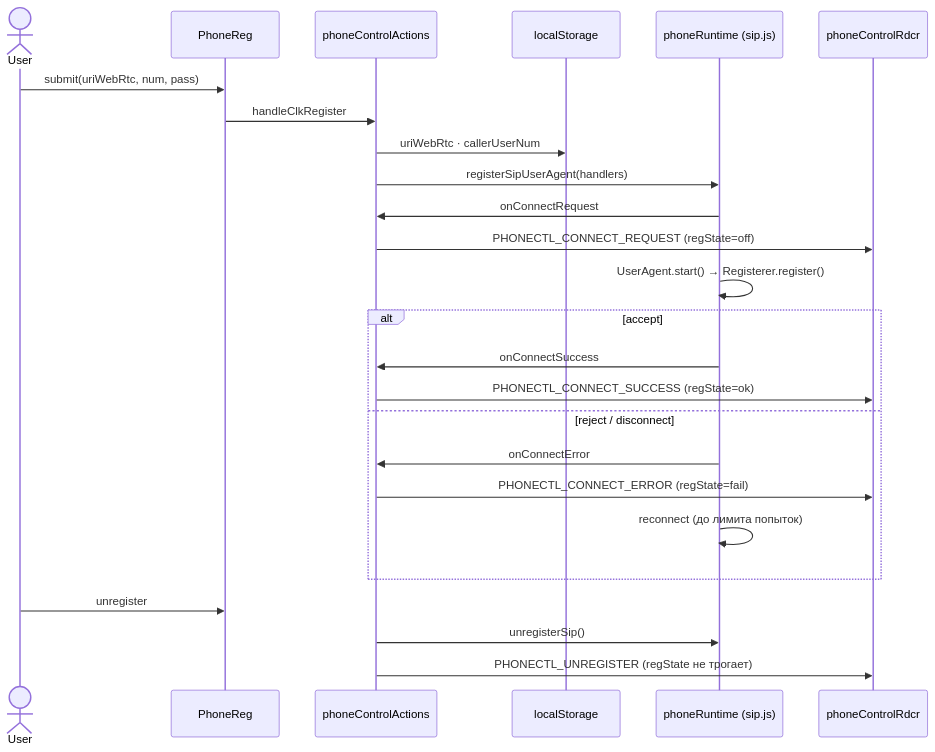
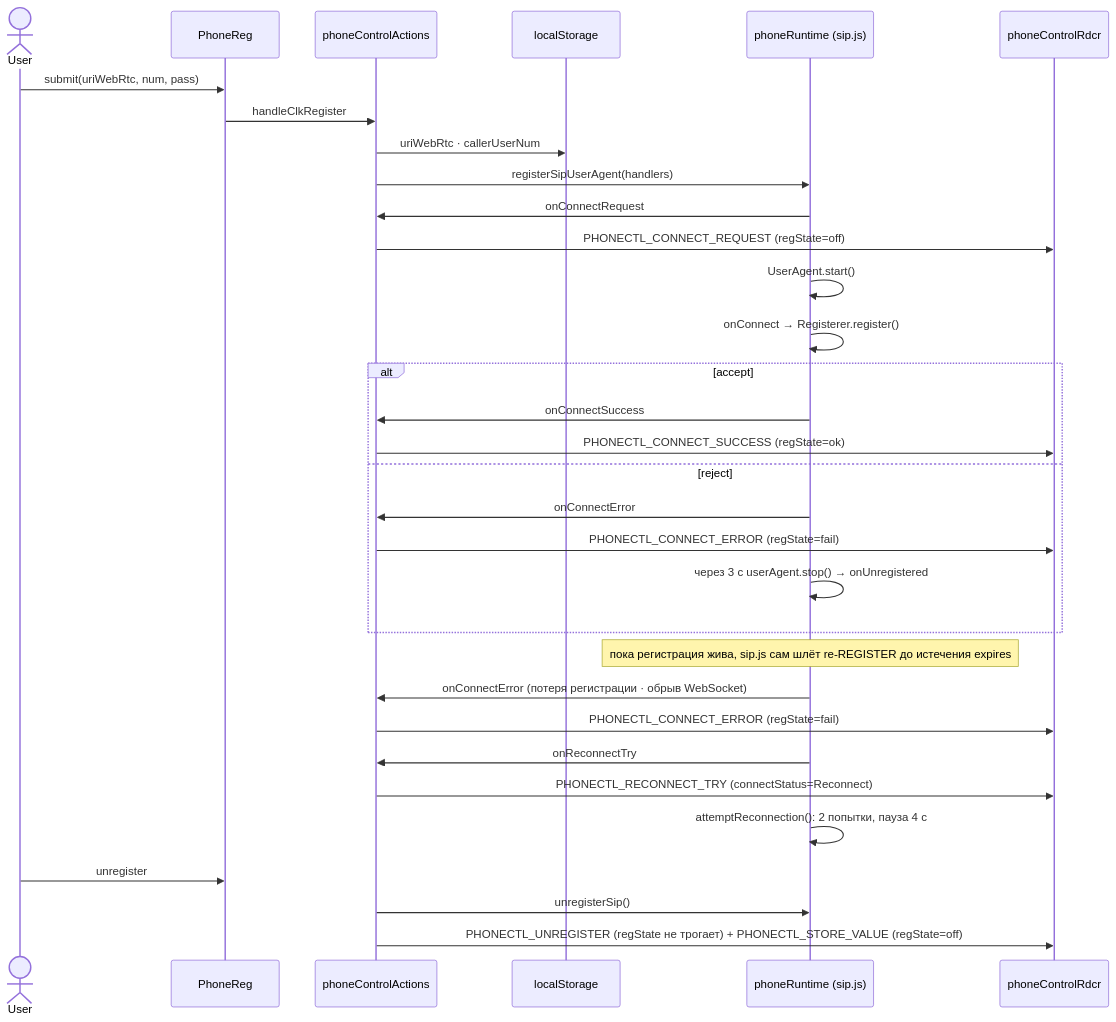
The second of 3 diagrams in docs/STATE.md (ars-anosov/sipjs-react), drawn with Mermaid before and after one commit. The commit also changed other lines of this file and 7 other files, not shown here.

````diff
--- a/docs/STATE.md
+++ b/docs/STATE.md
@@ -79,28 +79,35 @@
 ```mermaid
 sequenceDiagram
   actor User
   participant PhoneReg
   participant Action as phoneControlActions
   participant LS as localStorage
   participant Runtime as phoneRuntime (sip.js)
   participant Rdcr as phoneControlRdcr
 
   User->>PhoneReg: submit(uriWebRtc, num, pass)
   PhoneReg->>Action: handleClkRegister
   Action->>LS: uriWebRtc · callerUserNum
   Action->>Runtime: registerSipUserAgent(handlers)
   Runtime->>Action: onConnectRequest
   Action->>Rdcr: PHONECTL_CONNECT_REQUEST (regState=off)
-  Runtime->>Runtime: UserAgent.start() → Registerer.register()
+  Runtime->>Runtime: UserAgent.start()
+  Runtime->>Runtime: onConnect → Registerer.register()
   alt accept
     Runtime->>Action: onConnectSuccess
     Action->>Rdcr: PHONECTL_CONNECT_SUCCESS (regState=ok)
-  else reject / disconnect
+  else reject
     Runtime->>Action: onConnectError
     Action->>Rdcr: PHONECTL_CONNECT_ERROR (regState=fail)
-    Runtime->>Runtime: reconnect (до лимита попыток)
+    Runtime->>Runtime: через 3 с userAgent.stop() → onUnregistered
   end
+  Note over Runtime: пока регистрация жива, sip.js сам шлёт re-REGISTER до истечения expires
+  Runtime->>Action: onConnectError (потеря регистрации · обрыв WebSocket)
+  Action->>Rdcr: PHONECTL_CONNECT_ERROR (regState=fail)
+  Runtime->>Action: onReconnectTry
+  Action->>Rdcr: PHONECTL_RECONNECT_TRY (connectStatus=Reconnect)
+  Runtime->>Runtime: attemptReconnection(): 2 попытки, пауза 4 с
   User->>PhoneReg: unregister
   Action->>Runtime: unregisterSip()
-  Action->>Rdcr: PHONECTL_UNREGISTER (regState не трогает)
+  Action->>Rdcr: PHONECTL_UNREGISTER (regState не трогает) + PHONECTL_STORE_VALUE (regState=off)
 ```
````
